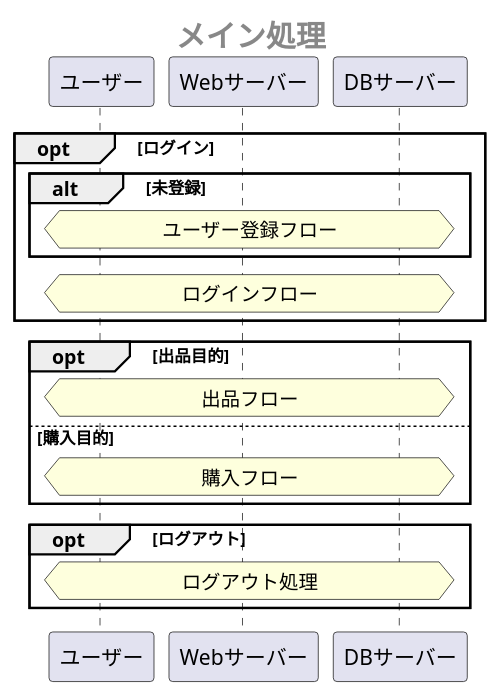
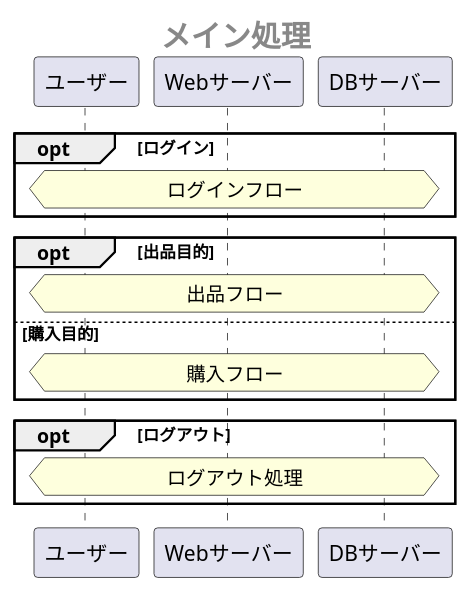
Before and after one commit to Aso2001385/NAISA: the first of 7 diagrams in 設計書/02_業務フロー/2021-12-22BusinessFlow.md, drawn with PlantUML.

````diff
--- a/設計書/02_業務フロー/2021-12-22BusinessFlow.md
+++ b/設計書/02_業務フロー/2021-12-22BusinessFlow.md
@@ -1,25 +1,22 @@
 ```uml 
 @startuml 
  center header <size:20><b>メイン処理</b></size>
  participant ユーザー as user
  participant Webサーバー as web
  participant DBサーバー as db
 
  opt ログイン
-  alt 未登録
-  hnote across: ユーザー登録フロー
-  end
   hnote across: ログインフロー
  end
  
  opt 出品目的
    hnote across: 出品フロー
  else 購入目的
    hnote across: 購入フロー
  end
  
  opt ログアウト
   hnote across: ログアウト処理
  end
 @enduml
 ```
````
